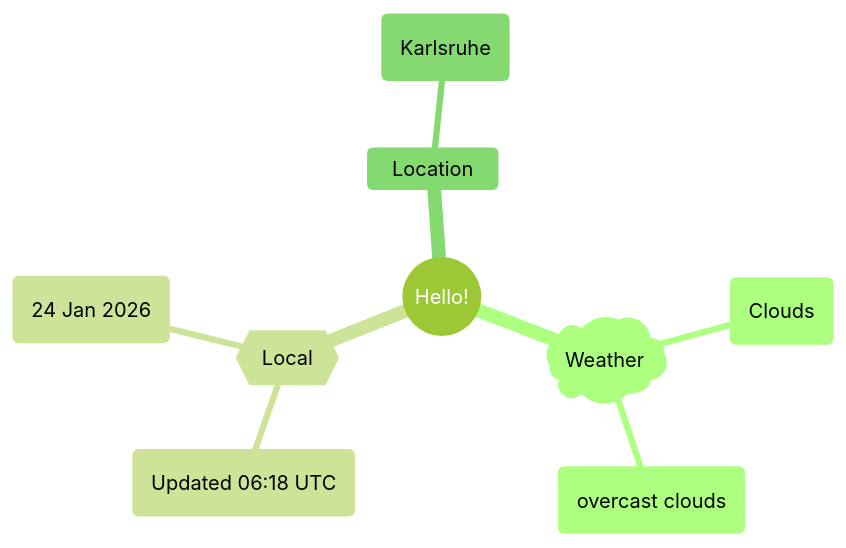
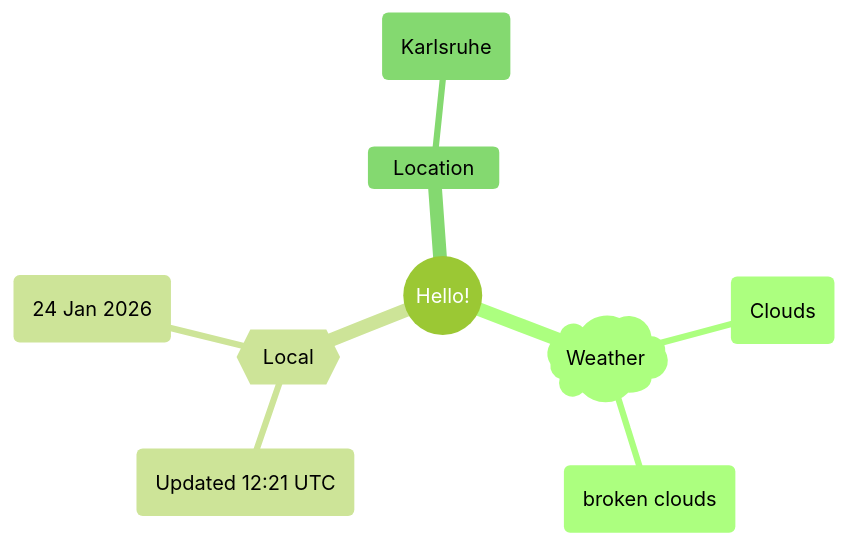
The first of 2 diagrams in README.md (Xosrov/Xosrov), drawn with Mermaid (forest theme) before and after one commit.

Commit message:
[bot] updated images

````diff
--- a/README.md
+++ b/README.md
@@ -3,12 +3,12 @@
 ```mermaid
 mindmap
   root((Hello!))
     )Weather(
         (Clouds)
-        (overcast clouds)
+        (broken clouds)
     {{Local}}
-        (Updated 06:18 UTC)
+        (Updated 12:21 UTC)
         (24 Jan 2026)
     Location
         (Karlsruhe)
 ```
````
